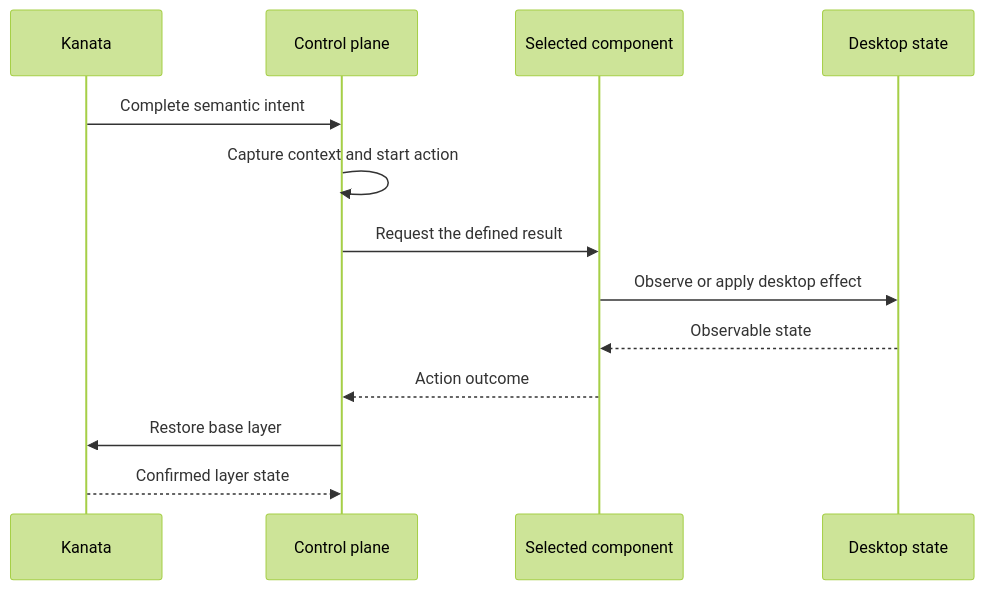
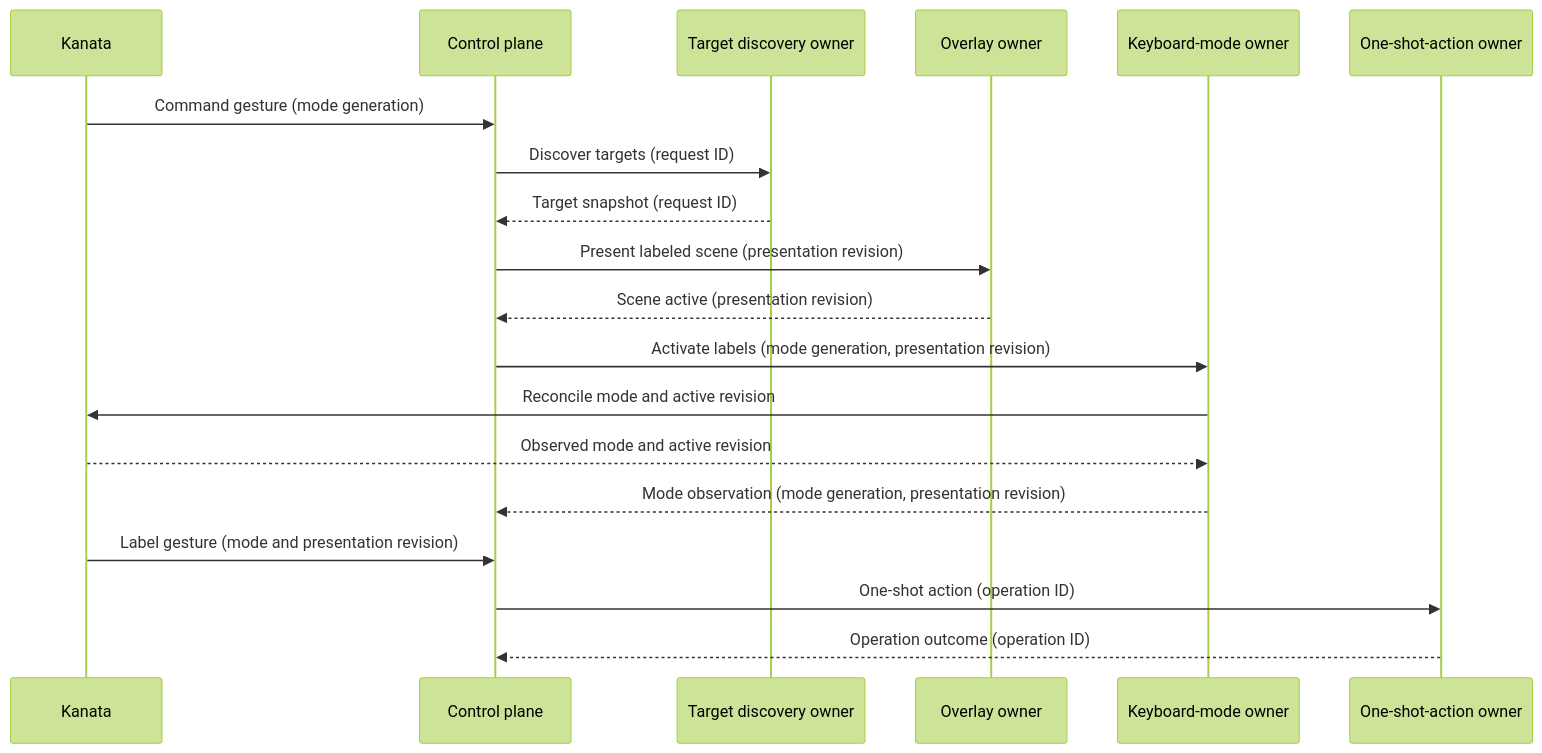
Before and after one commit to MattKotsenas/desknav: the diagram in ARCHITECTURE.md, drawn with Mermaid (forest theme). The commit also changed other lines of this file and 1 other file, not shown here.

First line of the commit message:
Define control-plane boundary architecture (#9)

````diff
--- a/ARCHITECTURE.md
+++ b/ARCHITECTURE.md
@@ -94,16 +146,22 @@
 ```mermaid
 sequenceDiagram
     participant K as Kanata
     participant C as Control plane
-    participant S as Selected component
-    participant D as Desktop state
+    participant D as Target discovery owner
+    participant O as Overlay owner
+    participant M as Keyboard-mode owner
+    participant A as One-shot-action owner
 
-    K->>C: Complete semantic intent
-    C->>C: Capture context and start action
-    C->>S: Request the defined result
-    S->>D: Observe or apply desktop effect
-    D-->>S: Observable state
-    S-->>C: Action outcome
-    C->>K: Restore base layer
-    K-->>C: Confirmed layer state
+    K->>C: Command gesture (mode generation)
+    C->>D: Discover targets (request ID)
+    D-->>C: Target snapshot (request ID)
+    C->>O: Present labeled scene (presentation revision)
+    O-->>C: Scene active (presentation revision)
+    C->>M: Activate labels (mode generation, presentation revision)
+    M->>K: Reconcile mode and active revision
+    K-->>M: Observed mode and active revision
+    M-->>C: Mode observation (mode generation, presentation revision)
+    K->>C: Label gesture (mode and presentation revision)
+    C->>A: One-shot action (operation ID)
+    A-->>C: Operation outcome (operation ID)
 ```
````
